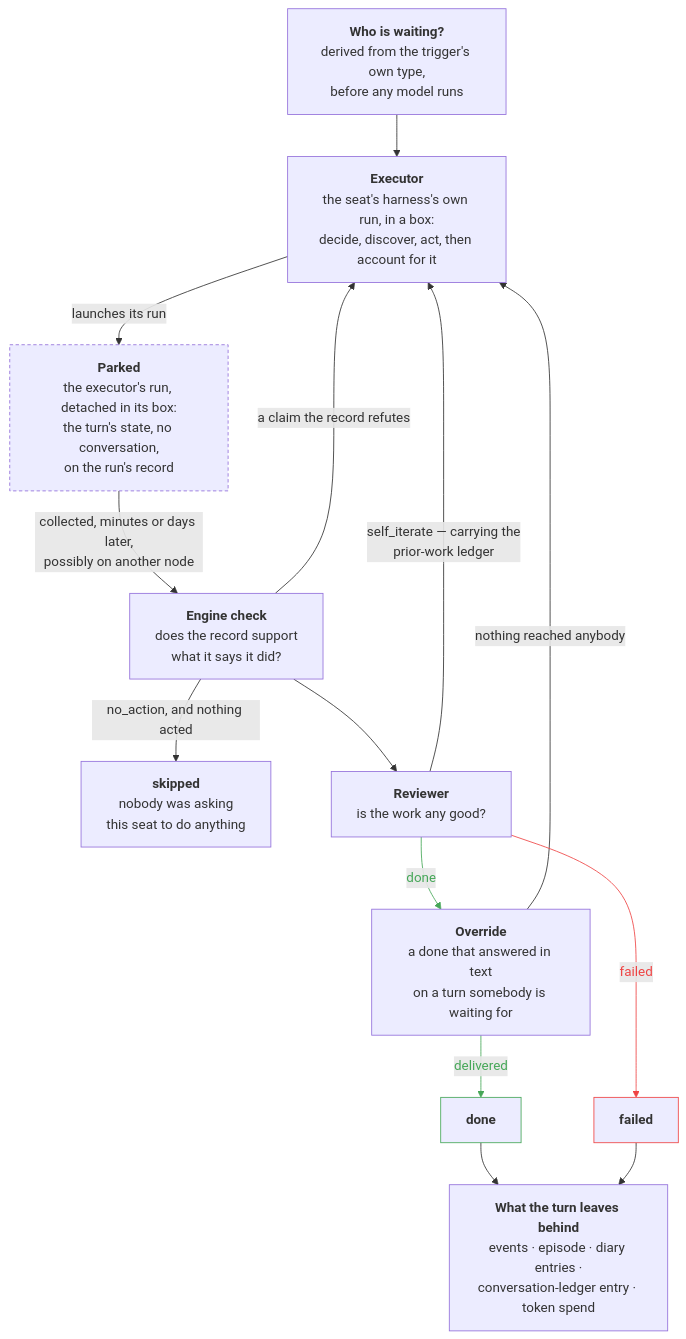
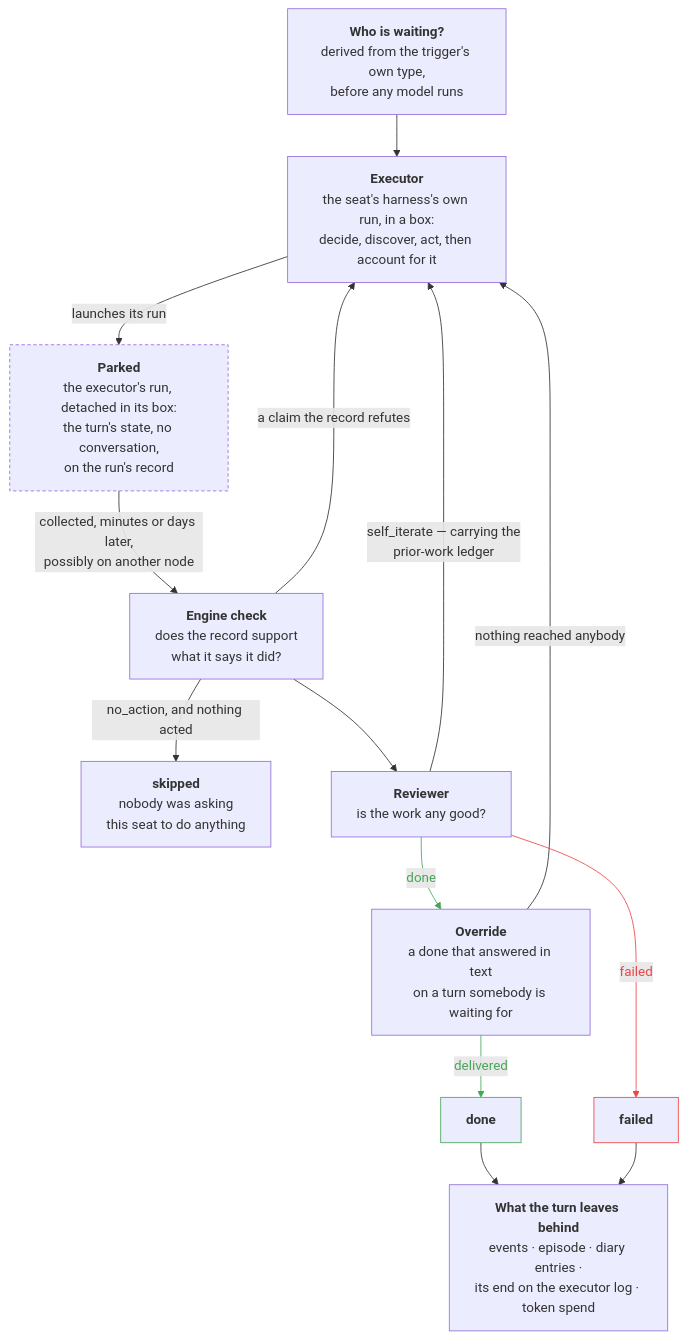
One commit to crewlet/crewlet changed the eighth of 10 diagrams in docs/concepts/architecture.md. Above: the diagram before and after it, drawn with Mermaid. The commit also changed other lines of this file and 26 other files, not shown here.

````diff
--- a/docs/concepts/architecture.md
+++ b/docs/concepts/architecture.md
@@ -477,36 +477,36 @@
 ```mermaid
 flowchart TB
     WHO["<b>Who is waiting?</b><br/>derived from the trigger's own type,<br/>before any model runs"]
     EXEC["<b>Executor</b><br/>the seat's harness's own run, in a box:<br/>decide, discover, act, then account for it"]
     SUSP["<b>Parked</b><br/>the executor's run, detached in its box:<br/>the turn's state, no conversation,<br/>on the run's record"]
     CHECK["<b>Engine check</b><br/>does the record support<br/>what it says it did?"]
     SKIP["<b>skipped</b><br/>nobody was asking<br/>this seat to do anything"]
     REV["<b>Reviewer</b><br/>is the work any good?"]
     OVER["<b>Override</b><br/>a done that answered in text<br/>on a turn somebody is waiting for"]
     DONE["<b>done</b>"]
     FAIL["<b>failed</b>"]
-    AFTER["<b>What the turn leaves behind</b><br/>events · episode · diary entries ·<br/>conversation-ledger entry · token spend"]
+    AFTER["<b>What the turn leaves behind</b><br/>events · episode · diary entries ·<br/>its end on the executor log · token spend"]
 
     WHO --> EXEC
     EXEC -->|"launches its run"| SUSP
     SUSP -->|"collected, minutes or days later,<br/>possibly on another node"| CHECK
     CHECK -->|"no_action, and nothing acted"| SKIP
     CHECK -->|"a claim the record refutes"| EXEC
     CHECK --> REV
     REV -->|done| OVER
     OVER -->|delivered| DONE
     OVER -->|"nothing reached anybody"| EXEC
     REV -->|"self_iterate — carrying the<br/>prior-work ledger"| EXEC
     REV -->|failed| FAIL
     DONE --> AFTER
     FAIL --> AFTER
 
     DONE:::ok
     FAIL:::danger
     SUSP:::happens
     classDef ok stroke:#46a758
     classDef danger stroke:#ef4444
     classDef happens stroke-dasharray:4 3
     linkStyle 6,7 stroke:#46a758,color:#46a758
     linkStyle 10 stroke:#ef4444,color:#ef4444
 ```
````
